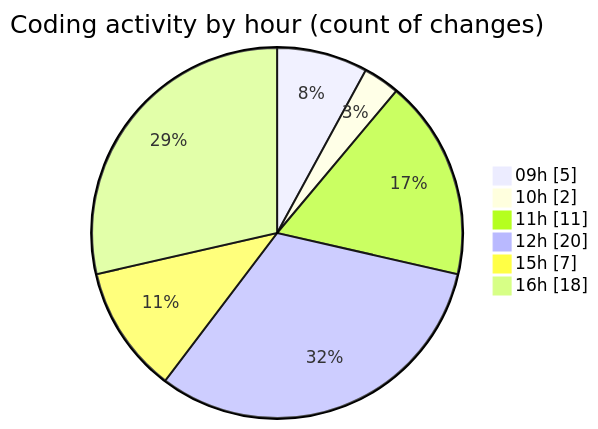
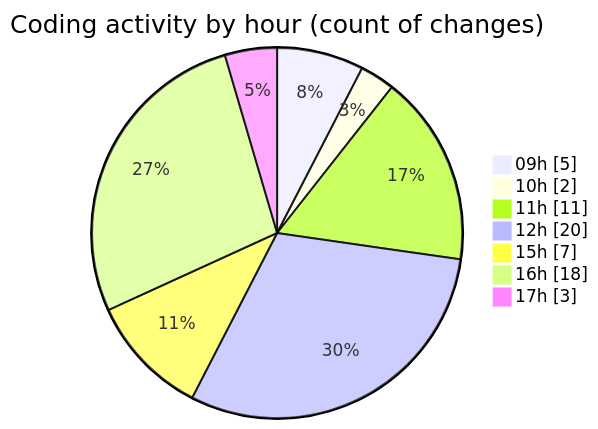
Before and after one commit to momahboobian/code-tracking: the second of 2 diagrams in 2026-03-11/cda/README.md, drawn with Mermaid. The commit also changed other lines of this file and 1 other file, not shown here.

````diff
--- a/2026-03-11/cda/README.md
+++ b/2026-03-11/cda/README.md
@@ -48,10 +49,11 @@
 ```mermaid
 pie showData
 title Coding activity by hour (count of changes)
 "09h" : 5
 "10h" : 2
 "11h" : 11
 "12h" : 20
 "15h" : 7
 "16h" : 18
+"17h" : 3
 ```
````
